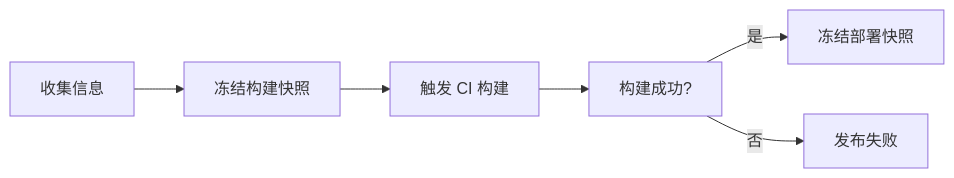
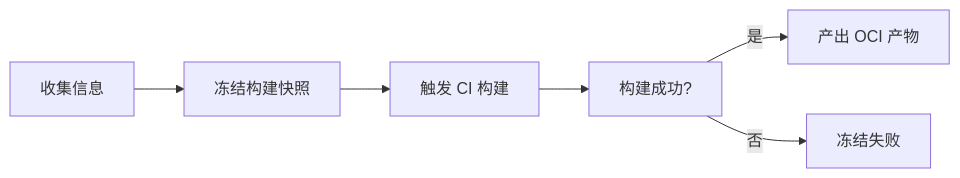
The first of 2 diagrams in content/docs/CI/_index.md (bsonger/devflow-document), drawn with Mermaid before and after one commit. The commit also changed other lines of this file and 3 other files, not shown here.

Commit message:
Document two-stage release flow

````diff
--- a/content/docs/CI/_index.md
+++ b/content/docs/CI/_index.md
@@ -16,8 +16,8 @@
 ```mermaid
 graph LR
     A["收集信息"] --> B["冻结构建快照"]
     B --> C["触发 CI 构建"]
     C --> D["构建成功?"]
-    D -->|是| E["冻结部署快照"]
-    D -->|否| F["发布失败"]
+    D -->|是| E["产出 OCI 产物"]
+    D -->|否| F["冻结失败"]
 ```
````
